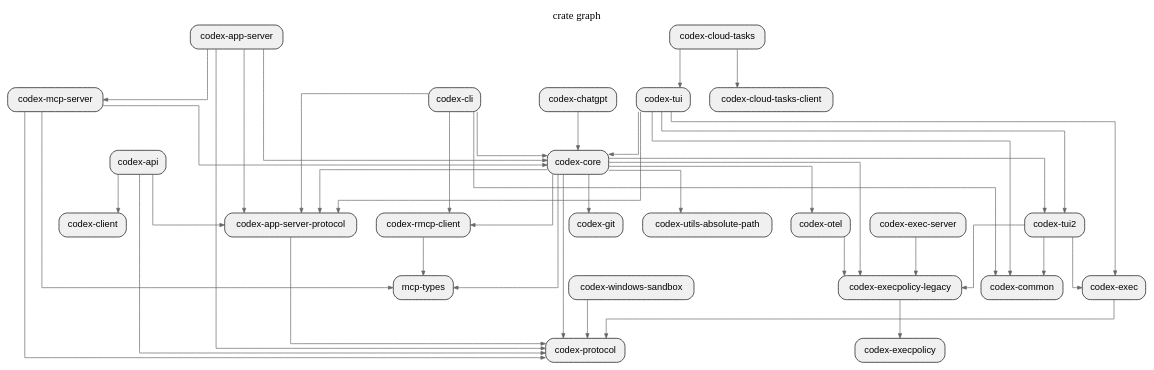
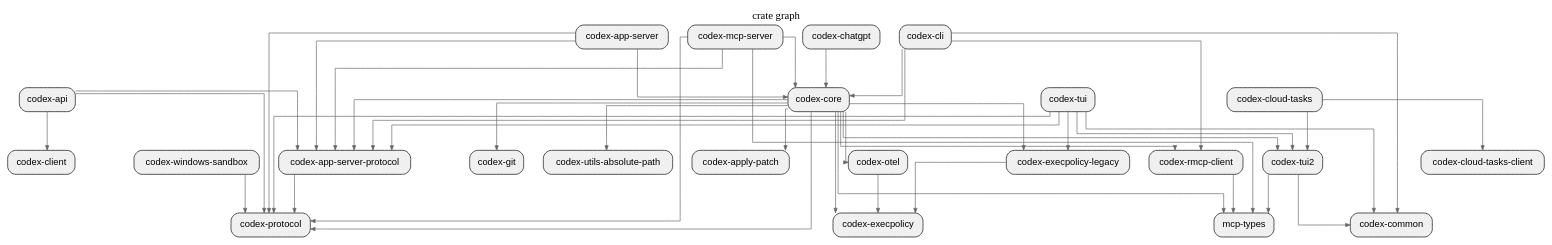
One commit to allenanswerzq/llmcc changed the diagram in sample/codex/depth_1_crate.dot. Above: the diagram before and after it, drawn with Graphviz. The commit also changed 215 other files, not shown here.

```diff
--- a/sample/codex/depth_1_crate.dot
+++ b/sample/codex/depth_1_crate.dot
@@ -1,83 +1,81 @@
 digraph architecture {
   // Layout settings
   rankdir=TB;
   ranksep=0.8;
   nodesep=0.4;
   splines=ortho;
   concentrate=true;
 
   node [shape=box, style="rounded,filled", fillcolor="#f0f0f0", fontname="Helvetica"];
   edge [color="#666666", arrowsize=0.7];
 
   label="crate graph";
   labelloc=t;
   fontsize=16;
   fontname="Helvetica Bold";
 
   crate_codex_api[label="codex-api"];
   crate_codex_app_server[label="codex-app-server"];
   crate_codex_app_server_protocol[label="codex-app-server-protocol"];
+  crate_codex_apply_patch[label="codex-apply-patch"];
   crate_codex_chatgpt[label="codex-chatgpt"];
   crate_codex_cli[label="codex-cli"];
   crate_codex_client[label="codex-client"];
   crate_codex_cloud_tasks[label="codex-cloud-tasks"];
   crate_codex_cloud_tasks_client[label="codex-cloud-tasks-client"];
   crate_codex_common[label="codex-common"];
   crate_codex_core[label="codex-core"];
-  crate_codex_exec[label="codex-exec"];
-  crate_codex_exec_server[label="codex-exec-server"];
   crate_codex_execpolicy[label="codex-execpolicy"];
   crate_codex_execpolicy_legacy[label="codex-execpolicy-legacy"];
   crate_codex_git[label="codex-git"];
   crate_codex_mcp_server[label="codex-mcp-server"];
   crate_codex_otel[label="codex-otel"];
   crate_codex_protocol[label="codex-protocol"];
   crate_codex_rmcp_client[label="codex-rmcp-client"];
   crate_codex_tui[label="codex-tui"];
   crate_codex_tui2[label="codex-tui2"];
   crate_codex_utils_absolute_path[label="codex-utils-absolute-path"];
   crate_codex_windows_sandbox[label="codex-windows-sandbox"];
   crate_mcp_types[label="mcp-types"];
 
   crate_codex_api -> crate_codex_app_server_protocol;
   crate_codex_api -> crate_codex_client;
   crate_codex_api -> crate_codex_protocol;
   crate_codex_app_server -> crate_codex_app_server_protocol;
   crate_codex_app_server -> crate_codex_core;
-  crate_codex_app_server -> crate_codex_mcp_server;
   crate_codex_app_server -> crate_codex_protocol;
   crate_codex_app_server_protocol -> crate_codex_protocol;
   crate_codex_chatgpt -> crate_codex_core;
   crate_codex_cli -> crate_codex_app_server_protocol;
   crate_codex_cli -> crate_codex_common;
   crate_codex_cli -> crate_codex_core;
   crate_codex_cli -> crate_codex_rmcp_client;
   crate_codex_cloud_tasks -> crate_codex_cloud_tasks_client;
-  crate_codex_cloud_tasks -> crate_codex_tui;
+  crate_codex_cloud_tasks -> crate_codex_tui2;
   crate_codex_core -> crate_codex_app_server_protocol;
+  crate_codex_core -> crate_codex_apply_patch;
+  crate_codex_core -> crate_codex_execpolicy;
   crate_codex_core -> crate_codex_execpolicy_legacy;
   crate_codex_core -> crate_codex_git;
   crate_codex_core -> crate_codex_otel;
   crate_codex_core -> crate_codex_protocol;
   crate_codex_core -> crate_codex_rmcp_client;
   crate_codex_core -> crate_codex_tui2;
   crate_codex_core -> crate_codex_utils_absolute_path;
   crate_codex_core -> crate_mcp_types;
-  crate_codex_exec -> crate_codex_protocol;
-  crate_codex_exec_server -> crate_codex_execpolicy_legacy;
   crate_codex_execpolicy_legacy -> crate_codex_execpolicy;
+  crate_codex_mcp_server -> crate_codex_app_server_protocol;
   crate_codex_mcp_server -> crate_codex_core;
   crate_codex_mcp_server -> crate_codex_protocol;
   crate_codex_mcp_server -> crate_mcp_types;
-  crate_codex_otel -> crate_codex_execpolicy_legacy;
+  crate_codex_otel -> crate_codex_execpolicy;
   crate_codex_rmcp_client -> crate_mcp_types;
   crate_codex_tui -> crate_codex_app_server_protocol;
   crate_codex_tui -> crate_codex_common;
-  crate_codex_tui -> crate_codex_core;
-  crate_codex_tui -> crate_codex_exec;
+  crate_codex_tui -> crate_codex_execpolicy_legacy;
+  crate_codex_tui -> crate_codex_protocol;
   crate_codex_tui -> crate_codex_tui2;
   crate_codex_tui2 -> crate_codex_common;
-  crate_codex_tui2 -> crate_codex_exec;
-  crate_codex_tui2 -> crate_codex_execpolicy_legacy;
+  crate_codex_tui2 -> crate_mcp_types;
   crate_codex_windows_sandbox -> crate_codex_protocol;
 }
```
